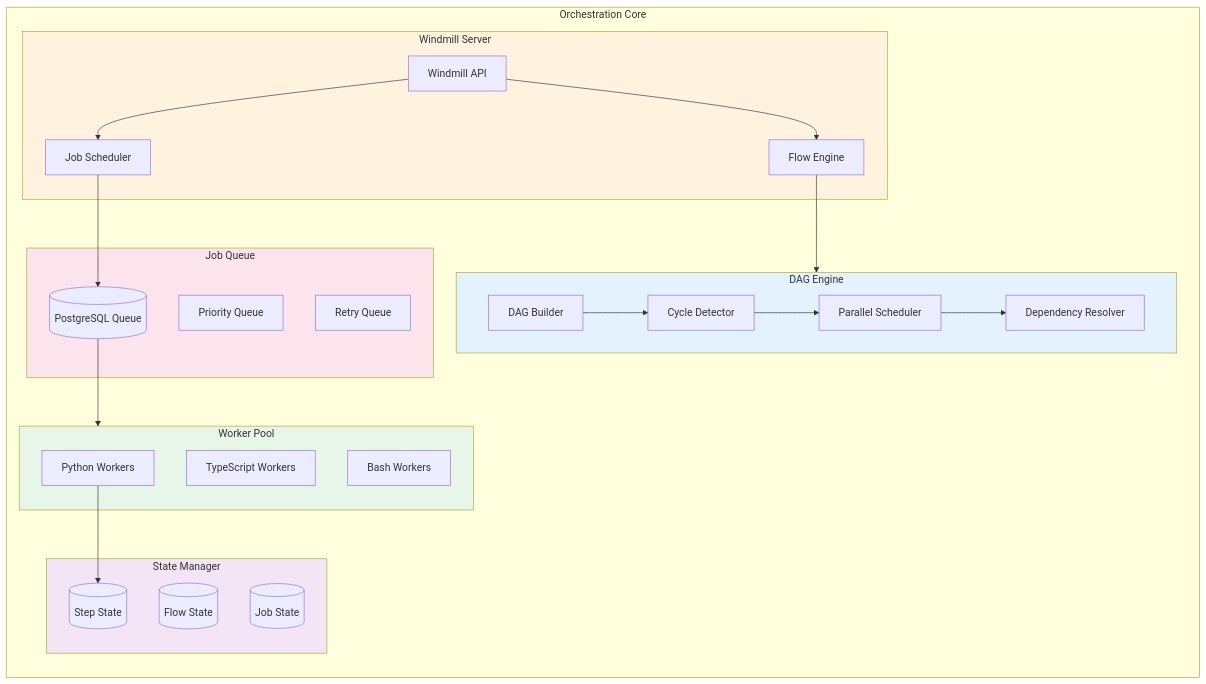
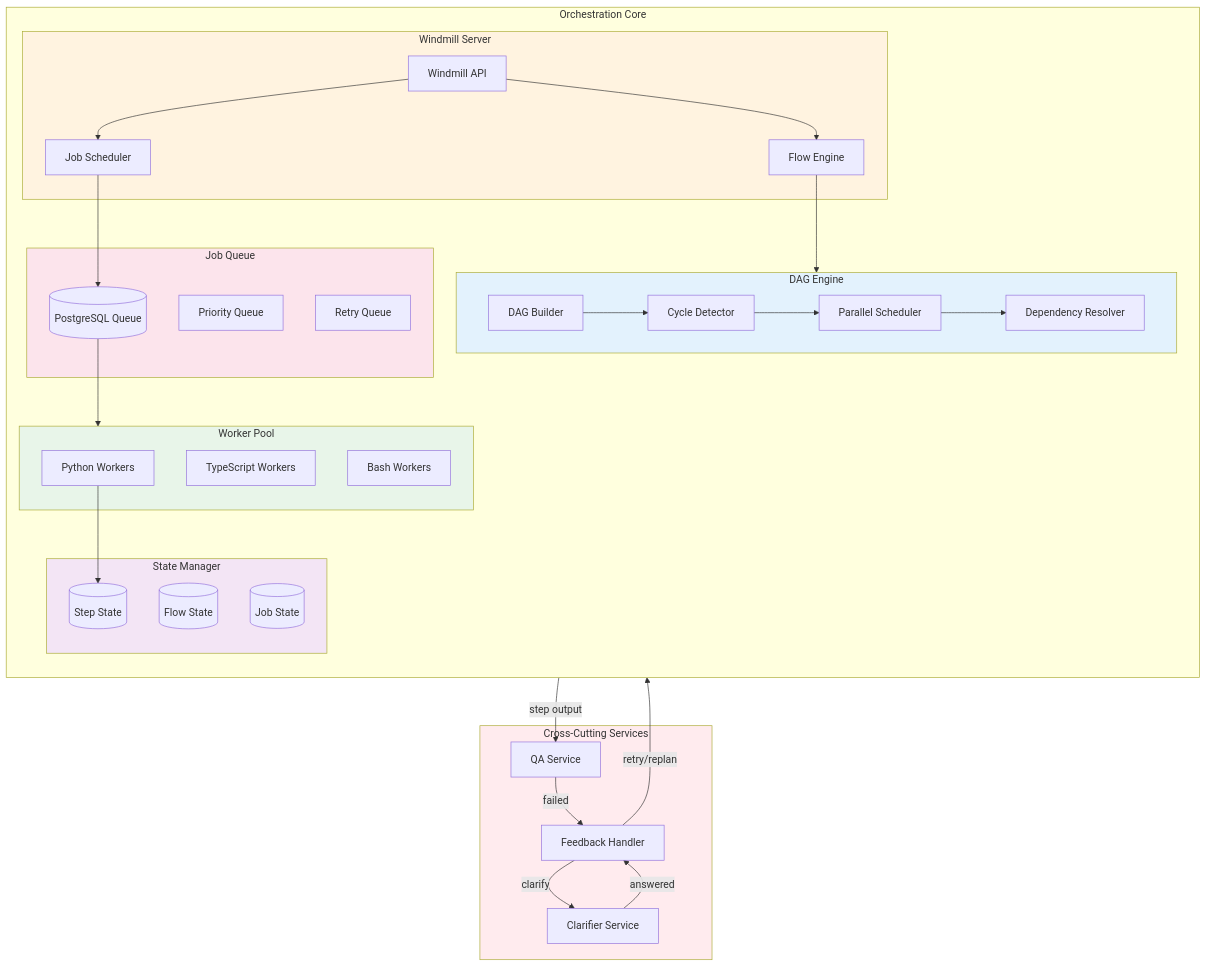
Before and after one commit to SergeySdv/dev-pipeline: the first of 4 diagrams in docs/newTasksGodzilla/subsystems/02-ORCHESTRATION-CORE.md, drawn with Mermaid. The commit also changed other lines of this file, not shown here.

Commit message:
feat(architecture): integrate cross-cutting services for enhanced feedback loops in Orchestrator

````diff
--- a/docs/newTasksGodzilla/subsystems/02-ORCHESTRATION-CORE.md
+++ b/docs/newTasksGodzilla/subsystems/02-ORCHESTRATION-CORE.md
@@ -11,55 +11,69 @@
 ```mermaid
 graph TB
     subgraph OrchestrationCore["Orchestration Core"]
         direction TB
 
         subgraph WindmillServer["Windmill Server"]
             API[Windmill API]
             Scheduler[Job Scheduler]
             FlowEngine[Flow Engine]
         end
 
         subgraph WorkerPool["Worker Pool"]
             PythonWorker[Python Workers]
             TypeScriptWorker[TypeScript Workers]
             BashWorker[Bash Workers]
         end
 
         subgraph DAGEngine["DAG Engine"]
             DAGBuilder[DAG Builder]
             CycleDetector[Cycle Detector]
             ParallelScheduler[Parallel Scheduler]
             DependencyResolver[Dependency Resolver]
         end
 
         subgraph StateManager["State Manager"]
             FlowState[(Flow State)]
             JobState[(Job State)]
             StepState[(Step State)]
         end
 
         subgraph JobQueue["Job Queue"]
             PostgresQueue[(PostgreSQL Queue)]
             PriorityQueue[Priority Queue]
             RetryQueue[Retry Queue]
         end
     end
 
+    subgraph CrossCutting["Cross-Cutting Services"]
+        QAService[QA Service]
+        ClarifierService[Clarifier Service]
+        FeedbackHandler[Feedback Handler]
+    end
+
     API --> Scheduler
     API --> FlowEngine
     Scheduler --> PostgresQueue
     FlowEngine --> DAGEngine
     
     DAGBuilder --> CycleDetector
     CycleDetector --> ParallelScheduler
     ParallelScheduler --> DependencyResolver
     
     PostgresQueue --> WorkerPool
     PythonWorker --> StepState
+
+    %% Cross-cutting integration
+    WorkerPool -->|step output| QAService
+    QAService -->|failed| FeedbackHandler
+    FeedbackHandler -->|clarify| ClarifierService
+    ClarifierService -->|answered| FeedbackHandler
+    FeedbackHandler -->|retry/replan| Scheduler
     
     style WindmillServer fill:#fff3e0
     style WorkerPool fill:#e8f5e9
     style DAGEngine fill:#e3f2fd
     style StateManager fill:#f3e5f5
     style JobQueue fill:#fce4ec
+    style CrossCutting fill:#ffebee
 ```
````
